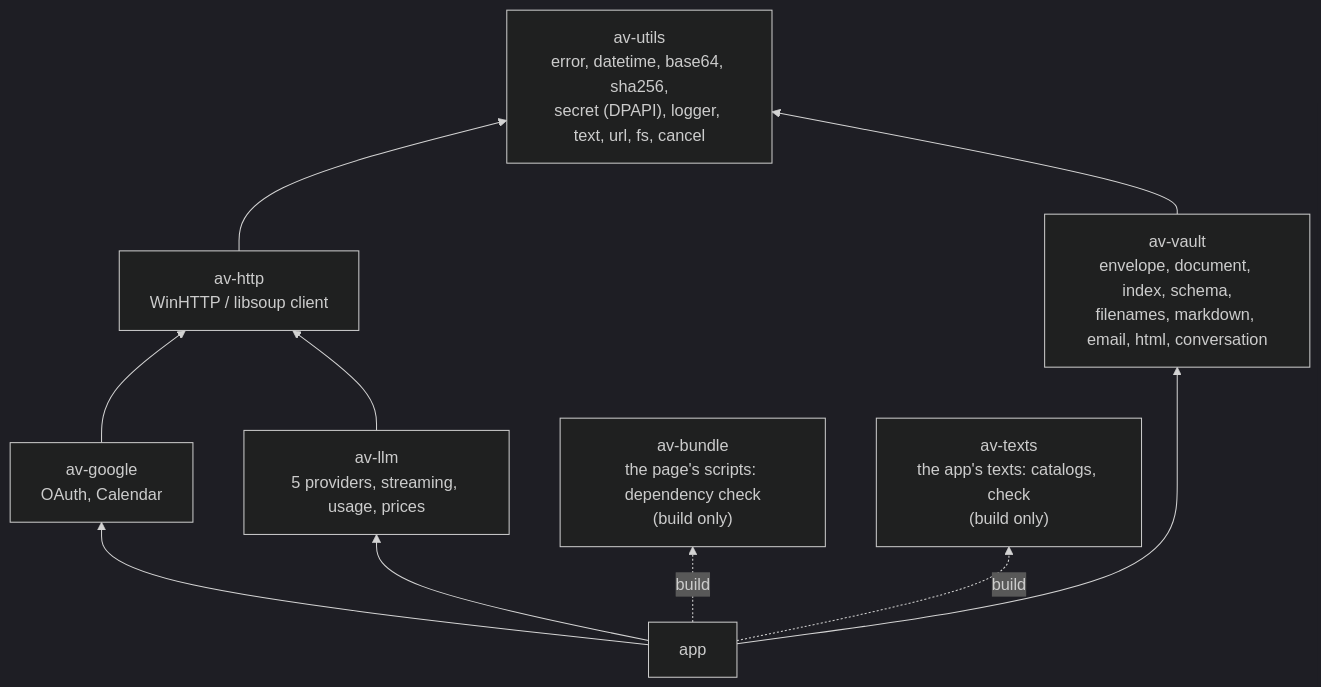
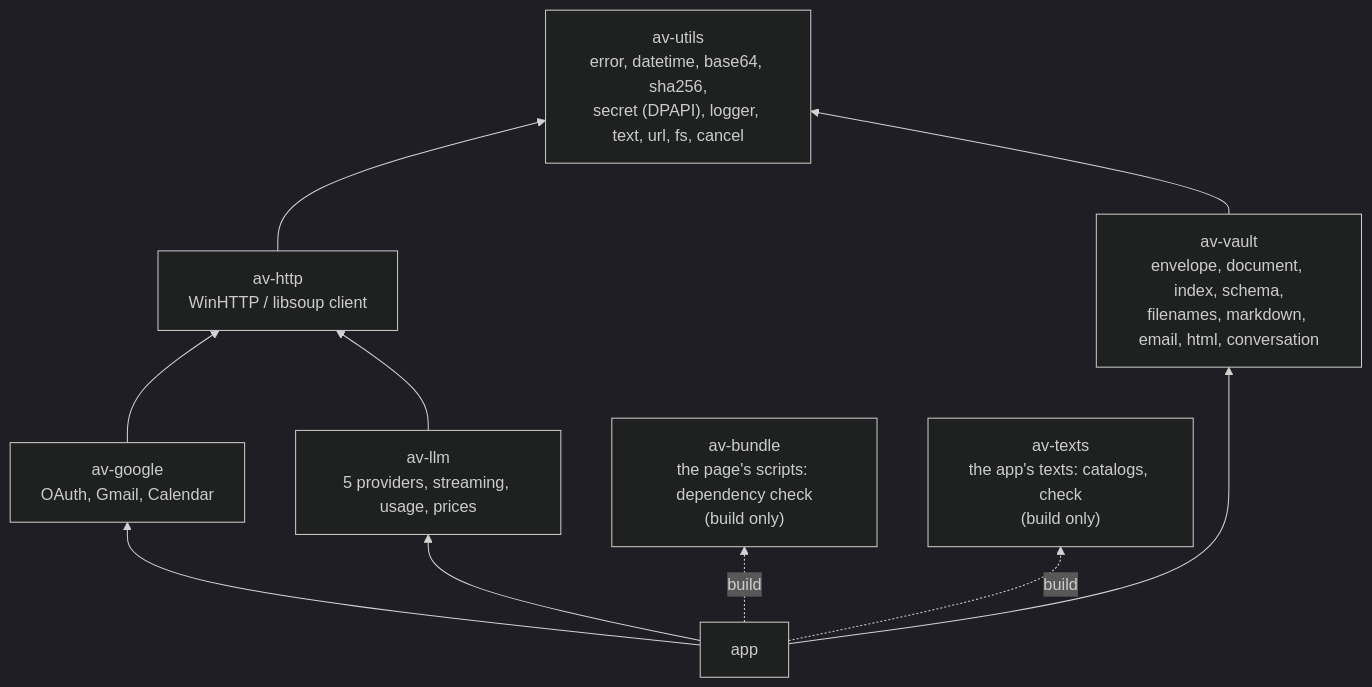
One commit to steschu77/avelor changed the diagram in docs/architecture.md. Above: the diagram before and after it, drawn with Mermaid (dark theme). The commit also changed other lines of this file and 2 other files, not shown here.

Commit message:
feat(av-google): Gmail
av-google reads Gmail: the import's filter as a Gmail query, the ids of
every message it matches, a message's preview headers, the account's own
labels, and a message's raw RFC 822 bytes for the MIME parser.

````diff
--- a/docs/architecture.md
+++ b/docs/architecture.md
@@ -235,20 +235,20 @@
 ```mermaid
 flowchart BT
     utils["av-utils<br/>error, datetime, base64, sha256,<br/>secret (DPAPI), logger, text, url, fs, cancel"]
     http["av-http<br/>WinHTTP / libsoup client"]
     vault["av-vault<br/>envelope, document, index, schema,<br/>filenames, markdown, email, html, conversation"]
-    google["av-google<br/>OAuth, Calendar"]
+    google["av-google<br/>OAuth, Gmail, Calendar"]
     llm["av-llm<br/>5 providers, streaming, usage, prices"]
     bundle["av-bundle<br/>the page's scripts: dependency check<br/>(build only)"]
     texts["av-texts<br/>the app's texts: catalogs, check<br/>(build only)"]
     app["app"]
     http --> utils
     vault --> utils
     google --> http
     llm --> http
     app --> vault
     app --> google
     app --> llm
     app -. build .-> bundle
     app -. build .-> texts
 ```
````
